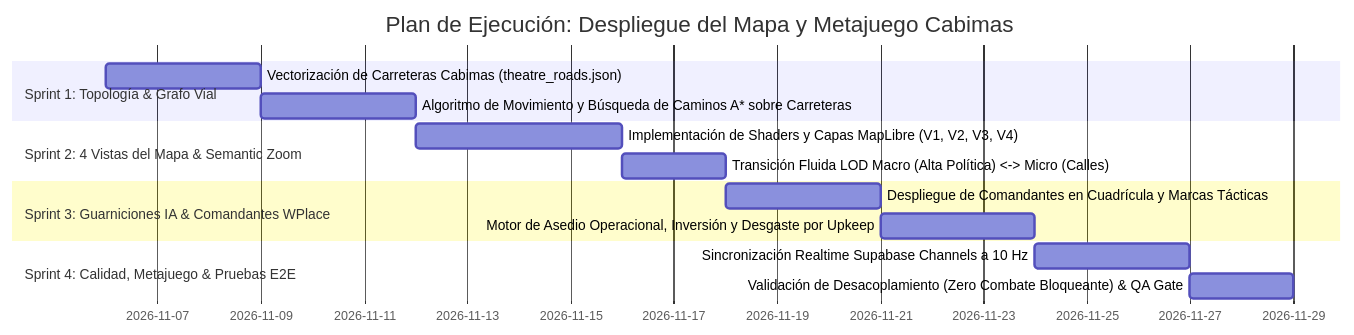
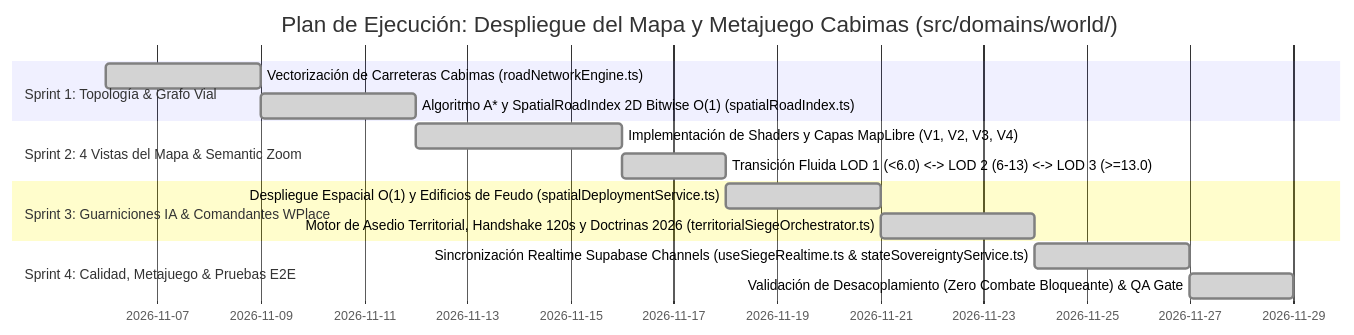
One commit to davikisea/GEOTACTICS-ONLINE changed the eighth of 8 diagrams in docs/PROPUESTA_INGENIERIA_MAPA_METAPOLITICA_ALICE_CABIMAS.md. Above: the diagram before and after it, drawn with Mermaid. The commit also changed other lines of this file and 352 other files, not shown here.

Commit message:
feat(architecture): migración modular a 4 dominios (@domains/*), consolidación de base de datos y sincronización de suites deterministas

````diff
--- a/docs/PROPUESTA_INGENIERIA_MAPA_METAPOLITICA_ALICE_CABIMAS.md
+++ b/docs/PROPUESTA_INGENIERIA_MAPA_METAPOLITICA_ALICE_CABIMAS.md
@@ -422,17 +475,17 @@
 ```mermaid
 gantt
-    title Plan de Ejecución: Despliegue del Mapa y Metajuego Cabimas
+    title Plan de Ejecución: Despliegue del Mapa y Metajuego Cabimas (src/domains/world/)
     dateFormat  YYYY-MM-DD
     section Sprint 1: Topología & Grafo Vial
-    Vectorización de Carreteras Cabimas (theatre_roads.json) :2026-11-06, 3d
-    Algoritmo de Movimiento y Búsqueda de Caminos A* sobre Carreteras :2026-11-09, 3d
+    Vectorización de Carreteras Cabimas (roadNetworkEngine.ts) :done, 2026-11-06, 3d
+    Algoritmo A* y SpatialRoadIndex 2D Bitwise O(1) (spatialRoadIndex.ts) :done, 2026-11-09, 3d
     section Sprint 2: 4 Vistas del Mapa & Semantic Zoom
-    Implementación de Shaders y Capas MapLibre (V1, V2, V3, V4) :2026-11-12, 4d
-    Transición Fluida LOD Macro (Alta Política) <-> Micro (Calles) :2026-11-16, 2d
+    Implementación de Shaders y Capas MapLibre (V1, V2, V3, V4) :done, 2026-11-12, 4d
+    Transición Fluida LOD 1 (<6.0) <-> LOD 2 (6-13) <-> LOD 3 (>=13.0) :done, 2026-11-16, 2d
     section Sprint 3: Guarniciones IA & Comandantes WPlace
-    Despliegue de Comandantes en Cuadrícula y Marcas Tácticas :2026-11-18, 3d
-    Motor de Asedio Operacional, Inversión y Desgaste por Upkeep :2026-11-21, 3d
+    Despliegue Espacial O(1) y Edificios de Feudo (spatialDeploymentService.ts) :done, 2026-11-18, 3d
+    Motor de Asedio Territorial, Handshake 120s y Doctrinas 2026 (territorialSiegeOrchestrator.ts) :done, 2026-11-21, 3d
     section Sprint 4: Calidad, Metajuego & Pruebas E2E
-    Sincronización Realtime Supabase Channels a 10 Hz :2026-11-24, 3d
-    Validación de Desacoplamiento (Zero Combate Bloqueante) & QA Gate :2026-11-27, 2d
+    Sincronización Realtime Supabase Channels (useSiegeRealtime.ts & stateSovereigntyService.ts) :done, 2026-11-24, 3d
+    Validación de Desacoplamiento (Zero Combate Bloqueante) & QA Gate :done, 2026-11-27, 2d
 ```
````
